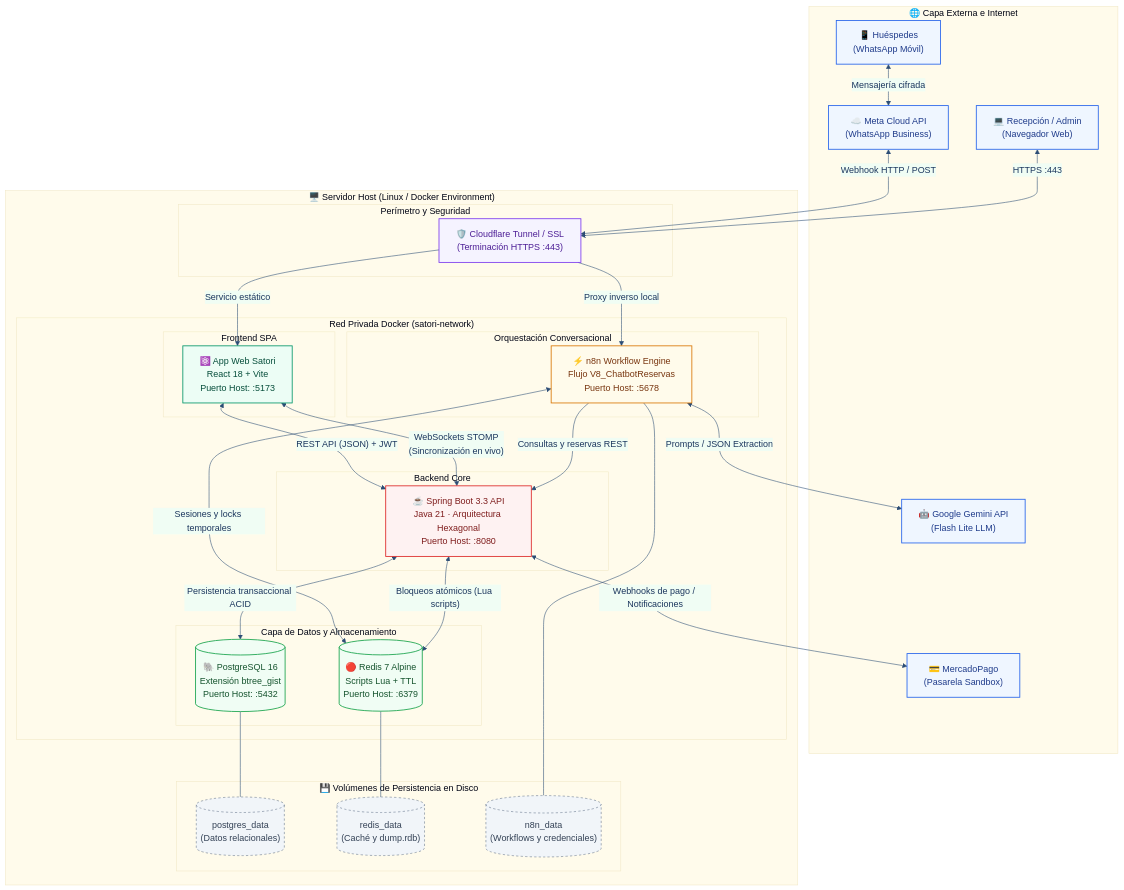
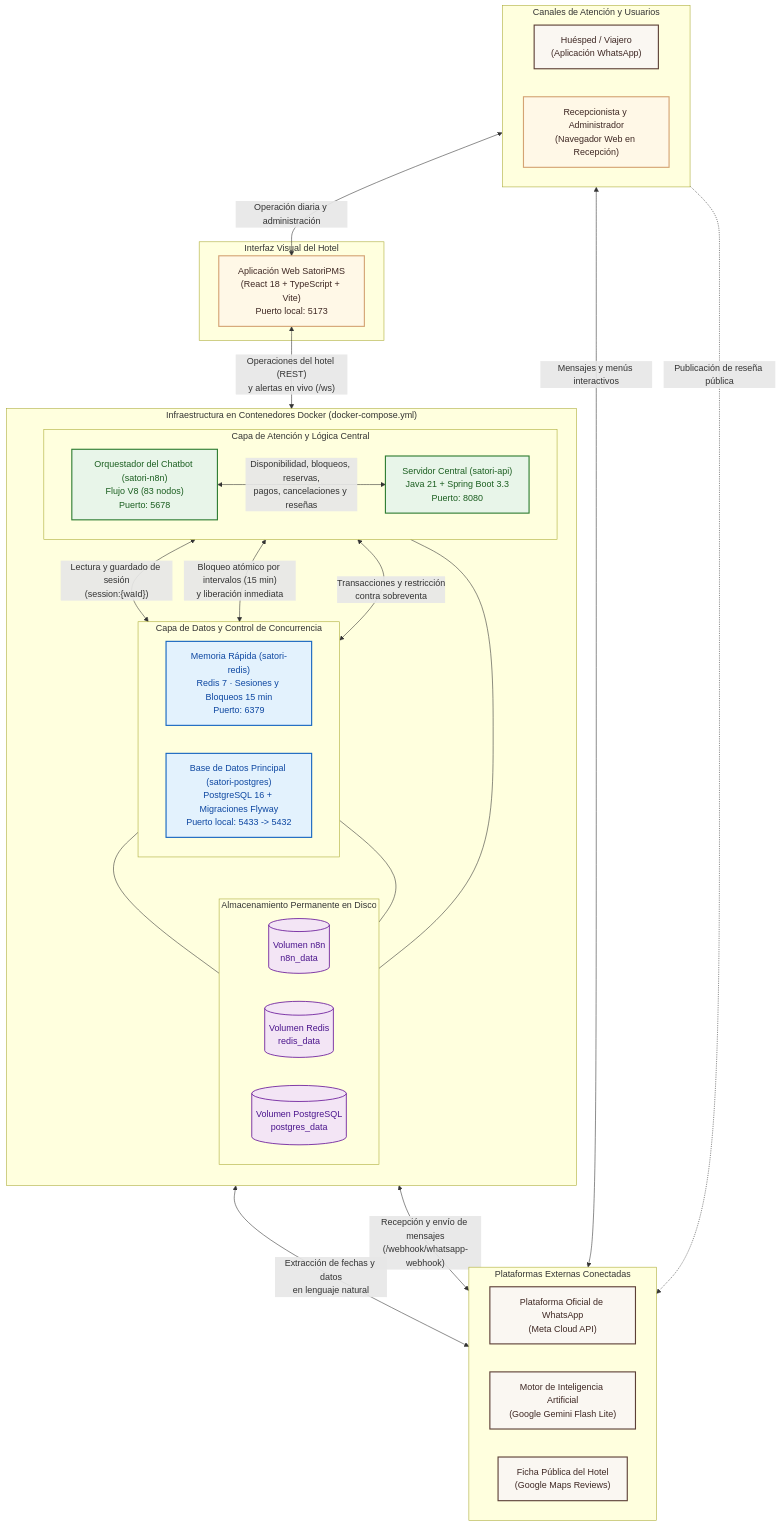
One commit to JuanJarias/SatoriPMS changed the diagram in docs/Diagramas/01_Infraestructura_Servicios.md. Above: the diagram before and after it, drawn with Mermaid. The commit also changed other lines of this file and 8 other files, not shown here.

Commit message:
docs(diagrams,budget): restructure Mermaid diagrams and align budget docs and xlsx with client rules

````diff
--- a/docs/Diagramas/01_Infraestructura_Servicios.md
+++ b/docs/Diagramas/01_Infraestructura_Servicios.md
@@ -7,84 +11,69 @@
 ```mermaid
-%%{init: {'theme': 'base', 'themeVariables': { 'primaryColor': '#E8EEF5', 'primaryTextColor': '#1B365D', 'primaryBorderColor': '#2C4D75', 'lineColor': '#2C4D75', 'secondaryColor': '#F0FDF4', 'tertiaryColor': '#FFFBEB' }}}%%
-flowchart TD
-    subgraph Internet["🌐 Capa Externa e Internet"]
-        UserWA["📱 Huéspedes<br/>(WhatsApp Móvil)"]
-        UserWeb["💻 Recepción / Admin<br/>(Navegador Web)"]
-        MetaAPI["☁️ Meta Cloud API<br/>(WhatsApp Business)"]
-        GeminiAPI["🤖 Google Gemini API<br/>(Flash Lite LLM)"]
-        MPPasarela["💳 MercadoPago<br/>(Pasarela Sandbox)"]
+flowchart TB
+    classDef external fill:#FAF7F2,stroke:#5D4037,stroke-width:2px,color:#3E2723
+    classDef frontend fill:#FFF8E7,stroke:#D4A373,stroke-width:2px,color:#3E2723
+    classDef core fill:#E8F5E9,stroke:#2E7D32,stroke-width:2px,color:#1B5E20
+    classDef data fill:#E3F2FD,stroke:#1565C0,stroke-width:2px,color:#0D47A1
+    classDef storage fill:#F3E5F5,stroke:#6A1B9A,stroke-width:1.5px,color:#4A148C
+
+    subgraph Usuarios["Canales de Atención y Usuarios"]
+        direction LR
+        Huesped["Huésped / Viajero<br/>(Aplicación WhatsApp)"]:::external
+        Personal["Recepcionista y Administrador<br/>(Navegador Web en Recepción)"]:::frontend
     end
 
-    subgraph Host["🖥️ Servidor Host (Linux / Docker Environment)"]
-        subgraph Proxy["Perímetro y Seguridad"]
-            CFTunnel["🛡️ Cloudflare Tunnel / SSL<br/>(Terminación HTTPS :443)"]
+    subgraph Externos["Plataformas Externas Conectadas"]
+        direction LR
+        MetaAPI["Plataforma Oficial de WhatsApp<br/>(Meta Cloud API)"]:::external
+        GeminiAPI["Motor de Inteligencia Artificial<br/>(Google Gemini Flash Lite)"]:::external
+        GoogleMaps["Ficha Pública del Hotel<br/>(Google Maps Reviews)"]:::external
+    end
+
+    subgraph FrontendApp["Interfaz Visual del Hotel"]
+        WebApp["Aplicación Web SatoriPMS<br/>(React 18 + TypeScript + Vite)<br/>Puerto local: 5173"]:::frontend
+    end
+
+    subgraph DockerHost["Infraestructura en Contenedores Docker (docker-compose.yml)"]
+        direction TB
+
+        subgraph Orquestacion["Capa de Atención y Lógica Central"]
+            direction LR
+            N8N["Orquestador del Chatbot (satori-n8n)<br/>Flujo V8 (83 nodos)<br/>Puerto: 5678"]:::core
+            API["Servidor Central (satori-api)<br/>Java 21 + Spring Boot 3.3<br/>Puerto: 8080"]:::core
         end
 
-        subgraph DockerNet["Red Privada Docker (satori-network)"]
-            subgraph FrontService["Frontend SPA"]
-                WebReact["⚛️ App Web Satori<br/>React 18 + Vite<br/>Puerto Host: :5173"]
-            end
-
-            subgraph CoreService["Backend Core"]
-                API["☕ Spring Boot 3.3 API<br/>Java 21 · Arquitectura Hexagonal<br/>Puerto Host: :8080"]
-            end
-
-            subgraph AutomationService["Orquestación Conversacional"]
-                N8N["⚡ n8n Workflow Engine<br/>Flujo V8_ChatbotReservas<br/>Puerto Host: :5678"]
-            end
-
-            subgraph DataService["Capa de Datos y Almacenamiento"]
-                Postgres[("🐘 PostgreSQL 16<br/>Extensión btree_gist<br/>Puerto Host: :5432")]
-                Redis[("🔴 Redis 7 Alpine<br/>Scripts Lua + TTL<br/>Puerto Host: :6379")]
-            end
+        subgraph Persistencia["Capa de Datos y Control de Concurrencia"]
+            direction LR
+            Redis["Memoria Rápida (satori-redis)<br/>Redis 7 · Sesiones y Bloqueos 15 min<br/>Puerto: 6379"]:::data
+            Postgres["Base de Datos Principal (satori-postgres)<br/>PostgreSQL 16 + Migraciones Flyway<br/>Puerto local: 5433 -> 5432"]:::data
         end
 
-        subgraph StorageVolumes["💾 Volúmenes de Persistencia en Disco"]
-            VolPG[("postgres_data<br/>(Datos relacionales)")]
-            VolRedis[("redis_data<br/>(Caché y dump.rdb)")]
-            VolN8N[("n8n_data<br/>(Workflows y credenciales)")]
+        subgraph Volumenes["Almacenamiento Permanente en Disco"]
+            direction LR
+            VolN8N[("Volumen n8n<br/>n8n_data")]:::storage
+            VolRedis[("Volumen Redis<br/>redis_data")]:::storage
+            VolPG[("Volumen PostgreSQL<br/>postgres_data")]:::storage
         end
     end
 
-    %% Relaciones externas
-    UserWA <-->|"Mensajería cifrada"| MetaAPI
-    MetaAPI <-->|"Webhook HTTP / POST"| CFTunnel
-    CFTunnel -->|"Proxy inverso local"| N8N
-    UserWeb <-->|"HTTPS :443"| CFTunnel
-    CFTunnel -->|"Servicio estático"| WebReact
+    %% Relaciones de usuarios y servicios externos
+    Huesped <-->|"Mensajes y menús interactivos"| MetaAPI
+    Huesped -.->|"Publicación de reseña pública"| GoogleMaps
+    MetaAPI <-->|"Recepción y envío de mensajes<br/>(/webhook/whatsapp-webhook)"| N8N
+    N8N <-->|"Extracción de fechas y datos<br/>en lenguaje natural"| GeminiAPI
 
-    %% Relaciones frontend - backend
-    WebReact <-->|"REST API (JSON) + JWT"| API
-    WebReact <-->|"WebSockets STOMP<br/>(Sincronización en vivo)"| API
+    %% Relaciones de la aplicación web
+    Personal <-->|"Operación diaria y administración"| WebApp
+    WebApp <-->|"Operaciones del hotel (REST)<br/>y alertas en vivo (/ws)"| API
 
-    %% Relaciones n8n
-    N8N <-->|"Prompts / JSON Extraction"| GeminiAPI
-    N8N -->|"Consultas y reservas REST"| API
-    N8N <-->|"Sesiones y locks temporales"| Redis
+    %% Relaciones internas entre contenedores
+    N8N <-->|"Lectura y guardado de sesión<br/>(session:{waId})"| Redis
+    N8N <-->|"Disponibilidad, bloqueos, reservas,<br/>pagos, cancelaciones y reseñas"| API
+    API <-->|"Bloqueo atómico por intervalos (15 min)<br/>y liberación inmediata"| Redis
+    API <-->|"Transacciones y restricción<br/>contra sobreventa"| Postgres
 
-    %% Relaciones backend
-    API <-->|"Bloqueos atómicos (Lua scripts)"| Redis
-    API <-->|"Persistencia transaccional ACID"| Postgres
-    API <-->|"Webhooks de pago / Notificaciones"| MPPasarela
-
-    %% Volúmenes
+    %% Persistencia en volúmenes
+    N8N --- VolN8N
+    Redis --- VolRedis
     Postgres --- VolPG
-    Redis --- VolRedis
-    N8N --- VolN8N
-
-    classDef external fill:#EFF6FF,stroke:#2563EB,stroke-width:1.5px,color:#1E3A8A;
-    classDef proxy fill:#F5F3FF,stroke:#7C3AED,stroke-width:1.5px,color:#4C1D95;
-    classDef front fill:#ECFDF5,stroke:#059669,stroke-width:1.5px,color:#064E3B;
-    classDef core fill:#FEF2F2,stroke:#DC2626,stroke-width:1.5px,color:#7F1D1D;
-    classDef auto fill:#FFFBEB,stroke:#D97706,stroke-width:1.5px,color:#78350F;
-    classDef data fill:#F0FDF4,stroke:#16A34A,stroke-width:1.5px,color:#14532D;
-    classDef storage fill:#F1F5F9,stroke:#64748B,stroke-width:1px,stroke-dasharray: 4 4,color:#334155;
-
-    class UserWA,UserWeb,MetaAPI,GeminiAPI,MPPasarela external;
-    class CFTunnel proxy;
-    class WebReact front;
-    class API core;
-    class N8N auto;
-    class Postgres,Redis data;
-    class VolPG,VolRedis,VolN8N storage;
 ```
````
